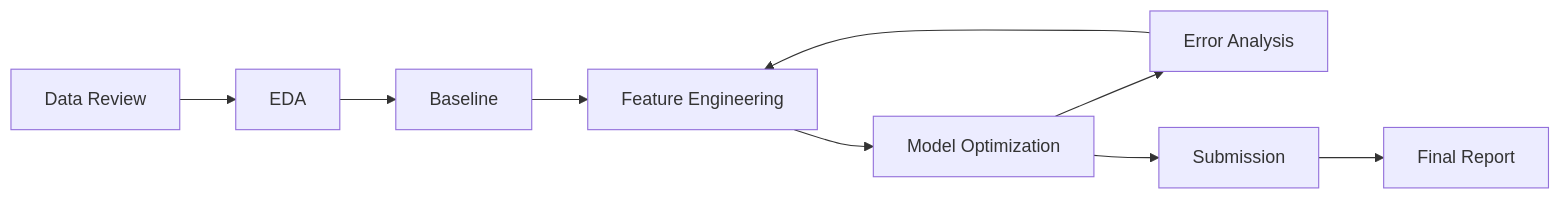
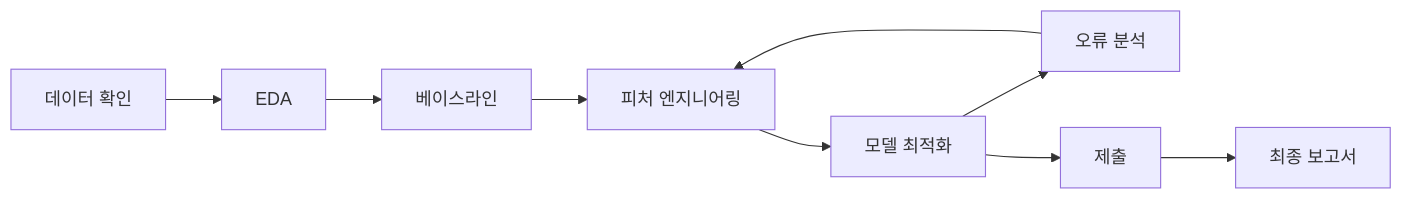
One commit to Kim3719/AI-Agent-Dacon-2026 changed the diagram in README.md. Above: the diagram before and after it, drawn with Mermaid. The commit also changed other lines of this file and 32 other files, not shown here.

````diff
--- a/README.md
+++ b/README.md
@@ -78,11 +90,11 @@
 ```mermaid
 flowchart LR
-    A["Data Review"] --> B["EDA"]
-    B --> C["Baseline"]
-    C --> D["Feature Engineering"]
-    D --> E["Model Optimization"]
-    E --> F["Error Analysis"]
+    A["데이터 확인"] --> B["EDA"]
+    B --> C["베이스라인"]
+    C --> D["피처 엔지니어링"]
+    D --> E["모델 최적화"]
+    E --> F["오류 분석"]
     F --> D
-    E --> G["Submission"]
-    G --> H["Final Report"]
+    E --> G["제출"]
+    G --> H["최종 보고서"]
 ```
````
